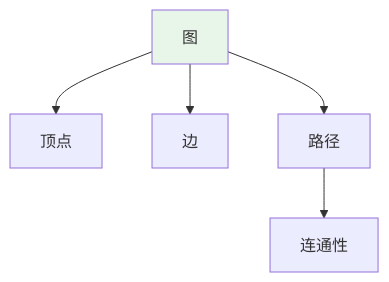
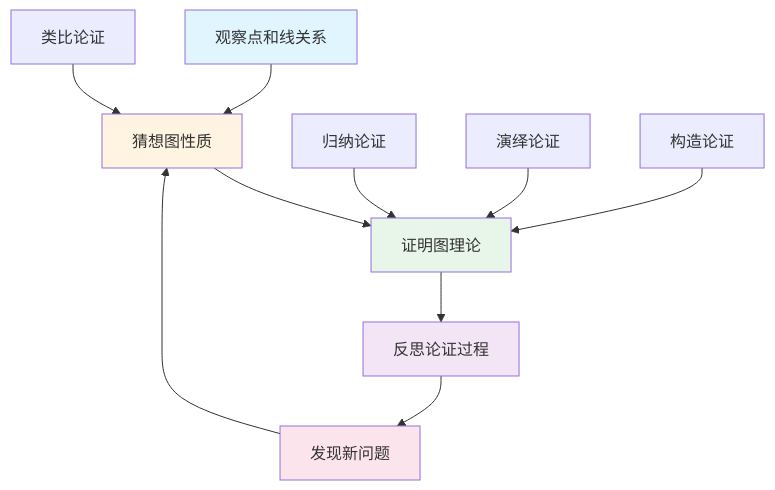
The fifth of 10 diagrams in concept/核心概念/29-图.md (AdaMartin18010/FormalMath), drawn with Mermaid before and after one commit. The commit also changed other lines of this file and 4793 other files, not shown here.

````diff
--- a/concept/核心概念/29-图.md
+++ b/concept/核心概念/29-图.md
@@ -718,9 +1441,19 @@
 ```mermaid
 graph TD
-    A[图] --> B[顶点]
-    A --> C[边]
-    A --> D[路径]
-    D --> E[连通性]
+    A[观察点和线关系] --> B[猜想图性质]
+    B --> C[证明图理论]
+    C --> D[反思论证过程]
+    D --> E[发现新问题]
+    E --> B
 
-    style A fill:#e8f5e9
+    F[归纳论证] --> C
+    G[演绎论证] --> C
+    H[类比论证] --> B
+    I[构造论证] --> C
+
+    style A fill:#e1f5ff
+    style B fill:#fff4e1
+    style C fill:#e8f5e9
+    style D fill:#f3e5f5
+    style E fill:#fce4ec
 ```
````
